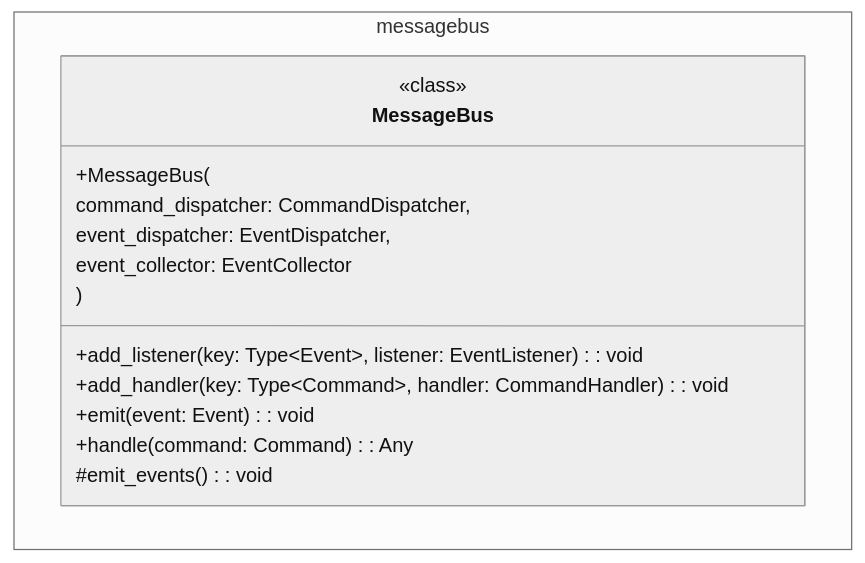
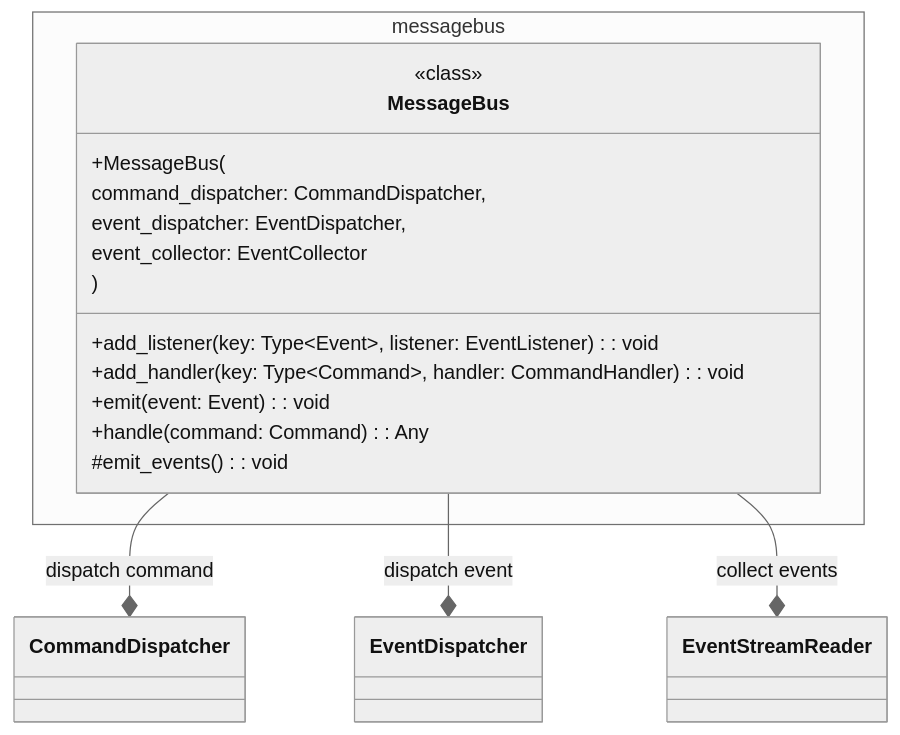
The seventh of 7 diagrams in docs/classes.md (donsprallo/wemux), drawn with Mermaid (neutral theme) before and after one commit. The commit also changed 3 other files, not shown here.

Commit message:
Create in memory message bus factory

````diff
--- a/docs/classes.md
+++ b/docs/classes.md
@@ -131,18 +131,22 @@
 ```mermaid
 classDiagram
     namespace messagebus {
         class MessageBus {
             <<class>>
             +MessageBus(
             command_dispatcher: CommandDispatcher,
             event_dispatcher: EventDispatcher,
             event_collector: EventCollector
             )
             +add_listener(key: Type~Event~, listener: EventListener): void
             +add_handler(key: Type~Command~, handler: CommandHandler): void
             +emit(event: Event): void
             +handle(command: Command): Any
             #emit_events(): void
         }
     }
+
+    MessageBus --* CommandDispatcher: dispatch command
+    MessageBus --* EventDispatcher: dispatch event
+    MessageBus --* EventStreamReader: collect events
 ```
````
